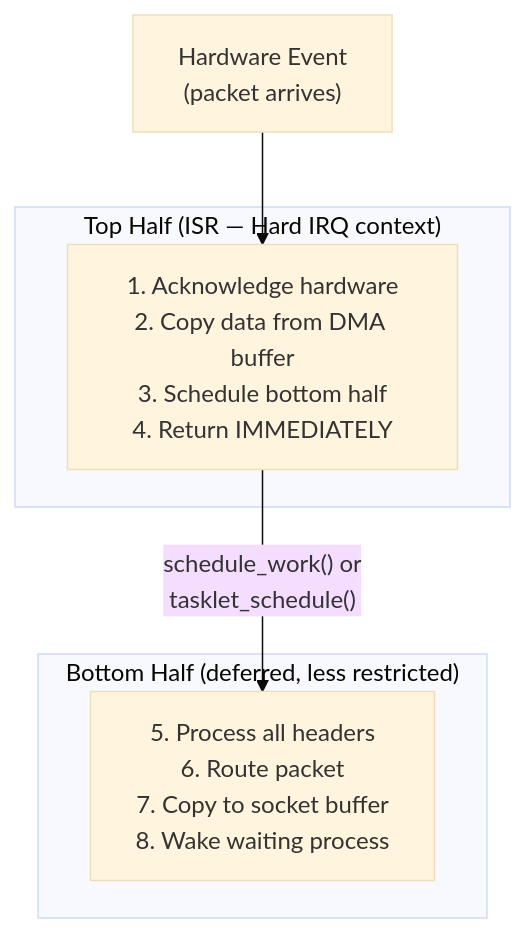
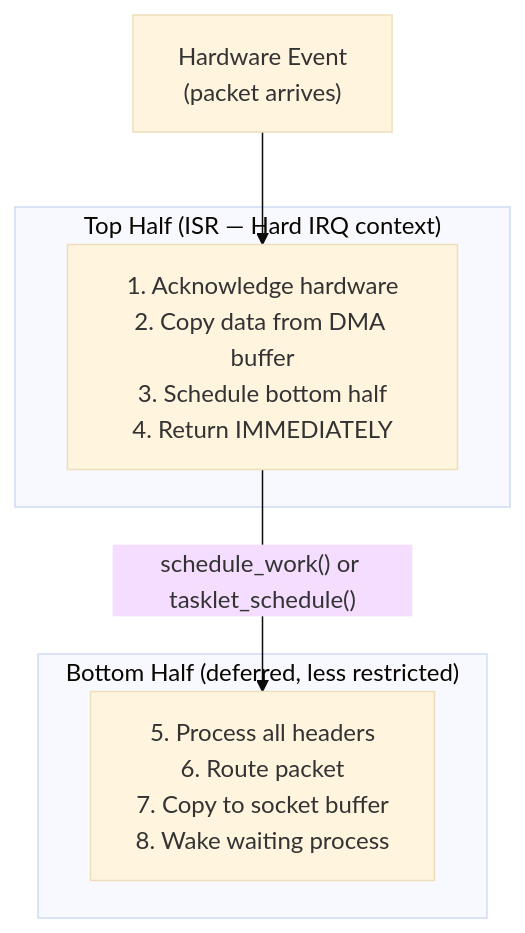
One commit to nilprajapati97/03_Kernel_Explore changed the first of 2 diagrams in 02_Understand_Linux_Kernel/07_Bottom_Halves_And_Deferring_Work/01_Why_Bottom_Halves.md. Above: the diagram before and after it, drawn with Mermaid (base theme). The commit also changed other lines of this file and 24 other files, not shown here.

````diff
--- a/02_Understand_Linux_Kernel/07_Bottom_Halves_And_Deferring_Work/01_Why_Bottom_Halves.md
+++ b/02_Understand_Linux_Kernel/07_Bottom_Halves_And_Deferring_Work/01_Why_Bottom_Halves.md
@@ -23,14 +23,11 @@
 ```mermaid
-graph TD
+flowchart TD
     HW["Hardware Event\n(packet arrives)"] --> TOP
-
     subgraph "Top Half (ISR — Hard IRQ context)"
         TOP["1. Acknowledge hardware\n2. Copy data from DMA buffer\n3. Schedule bottom half\n4. Return IMMEDIATELY"]
     end
-    
     subgraph "Bottom Half (deferred, less restricted)"
         BH["5. Process all headers\n6. Route packet\n7. Copy to socket buffer\n8. Wake waiting process"]
     end
-    
-    TOP -->|"schedule_work() or\ntasklet_schedule()"| BH
+    TOP -->|"schedule_work() or tasklet_schedule()"| BH
 ```
````
